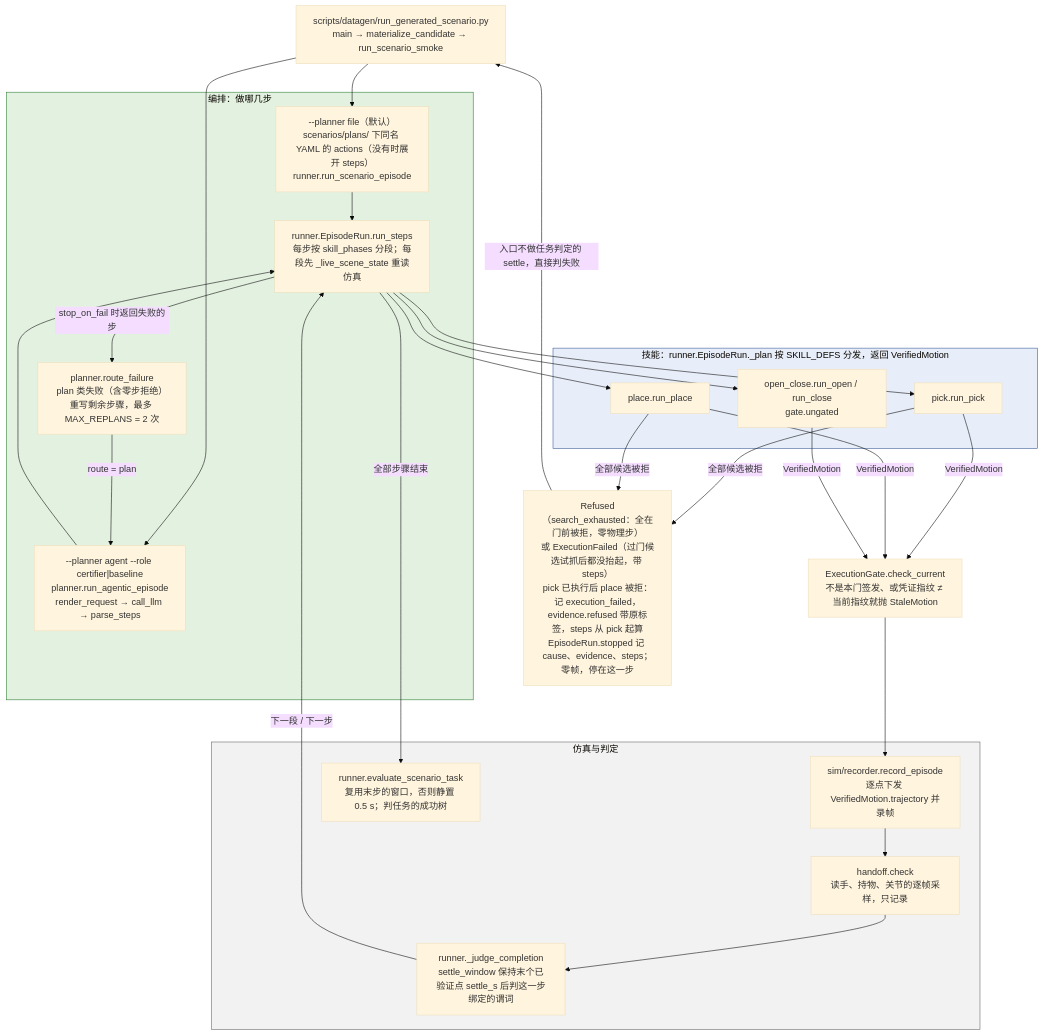
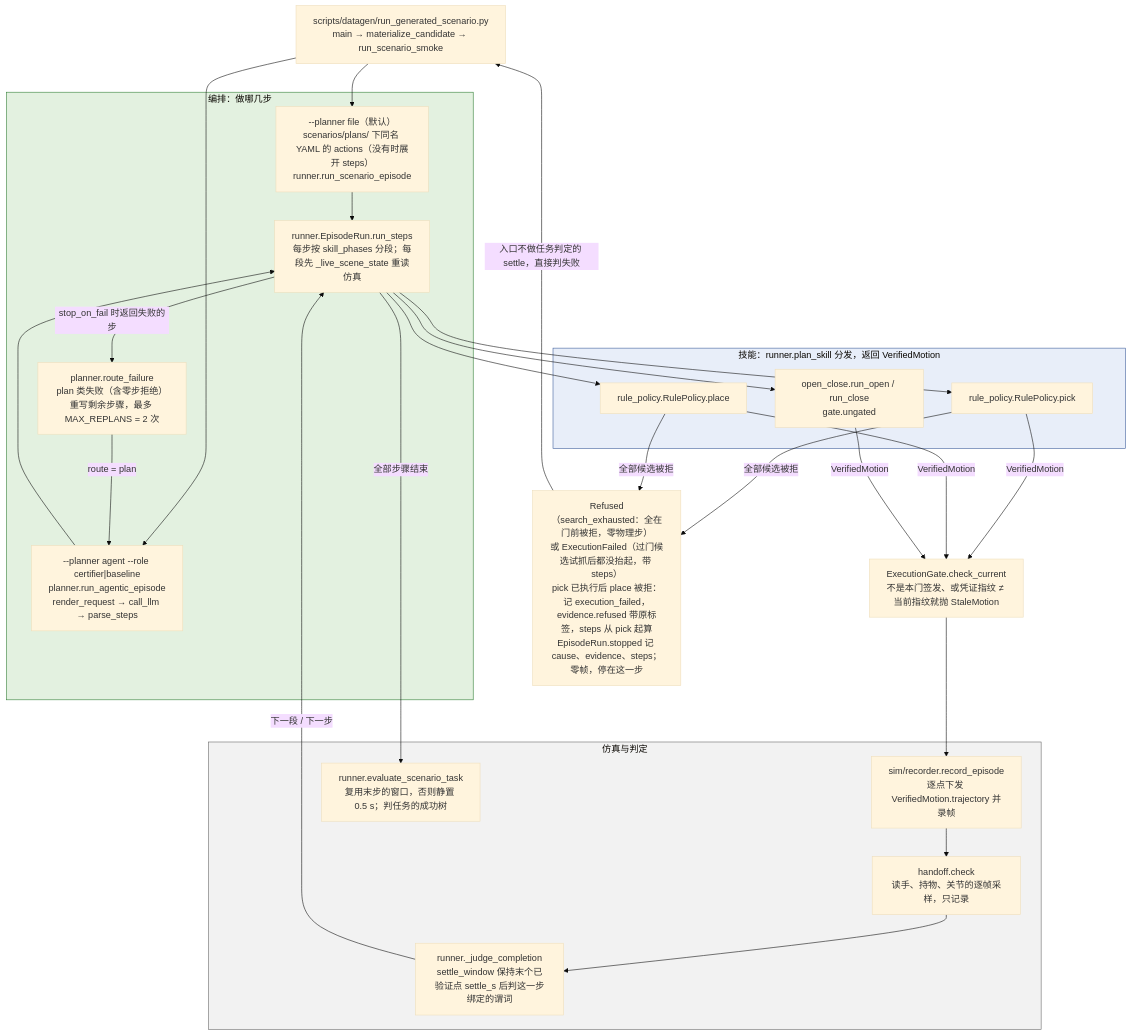
One commit to ZJLi2013/RoboSmith changed the second of 5 diagrams in docs/call-chain.md. Above: the diagram before and after it, drawn with Mermaid (base theme). The commit also changed other lines of this file and 13 other files, not shown here.

Commit message:
skills: pick and place are a rule policy over manipulation tools, and the runner passes each step what follows it and how to trial

````diff
--- a/docs/call-chain.md
+++ b/docs/call-chain.md
@@ -109,43 +117,43 @@
 ```mermaid
 flowchart TD
     CLI["scripts/datagen/run_generated_scenario.py<br/>main → materialize_candidate → run_scenario_smoke"]
 
     subgraph ORCH["编排：做哪几步"]
         T["--planner file（默认）<br/>scenarios/plans/ 下同名 YAML 的 actions（没有时展开 steps）<br/>runner.run_scenario_episode"]
         A["--planner agent --role certifier|baseline<br/>planner.run_agentic_episode<br/>render_request → call_llm → parse_steps"]
         RF["planner.route_failure<br/>plan 类失败（含零步拒绝）重写剩余步骤，最多 MAX_REPLANS = 2 次"]
         RUN["runner.EpisodeRun.run_steps<br/>每步按 skill_phases 分段；每段先 _live_scene_state 重读仿真"]
     end
 
-    subgraph SKILL["技能：runner.EpisodeRun._plan 按 SKILL_DEFS 分发，返回 VerifiedMotion"]
-        PICK["pick.run_pick"]
-        PLACE["place.run_place"]
+    subgraph SKILL["技能：runner.plan_skill 分发，返回 VerifiedMotion"]
+        PICK["rule_policy.RulePolicy.pick"]
+        PLACE["rule_policy.RulePolicy.place"]
         OC["open_close.run_open / run_close<br/>gate.ungated"]
     end
 
     INF["Refused（search_exhausted：全在门前被拒，零物理步）<br/>或 ExecutionFailed（过门候选试抓后都没抬起，带 steps）<br/>pick 已执行后 place 被拒：记 execution_failed，evidence.refused 带原标签，steps 从 pick 起算<br/>EpisodeRun.stopped 记 cause、evidence、steps；零帧，停在这一步"]
     CUR["ExecutionGate.check_current<br/>不是本门签发、或凭证指纹 ≠ 当前指纹就抛 StaleMotion"]
 
     subgraph SIM["仿真与判定"]
         REC["sim/recorder.record_episode<br/>逐点下发 VerifiedMotion.trajectory 并录帧"]
         HO["handoff.check<br/>读手、持物、关节的逐帧采样，只记录"]
         JC["runner._judge_completion<br/>settle_window 保持末个已验证点 settle_s 后判这一步绑定的谓词"]
         TASK["runner.evaluate_scenario_task<br/>复用末步的窗口，否则静置 0.5 s；判任务的成功树"]
     end
 
     CLI --> T & A
     T --> RUN
     A --> RUN
     RUN -->|stop_on_fail 时返回失败的步| RF
     RF -->|route = plan| A
     RUN --> PICK & PLACE & OC
     PICK & PLACE -->|全部候选被拒| INF
     PICK & PLACE & OC -->|VerifiedMotion| CUR --> REC
     REC --> HO --> JC -->|下一段 / 下一步| RUN
     RUN -->|全部步骤结束| TASK
     INF -->|入口不做任务判定的 settle，直接判失败| CLI
 
     style ORCH fill:#e3f1e0,stroke:#2e7d32
     style SKILL fill:#e8eef9,stroke:#3b5b9a
     style SIM fill:#f2f2f2,stroke:#666
 ```
````
